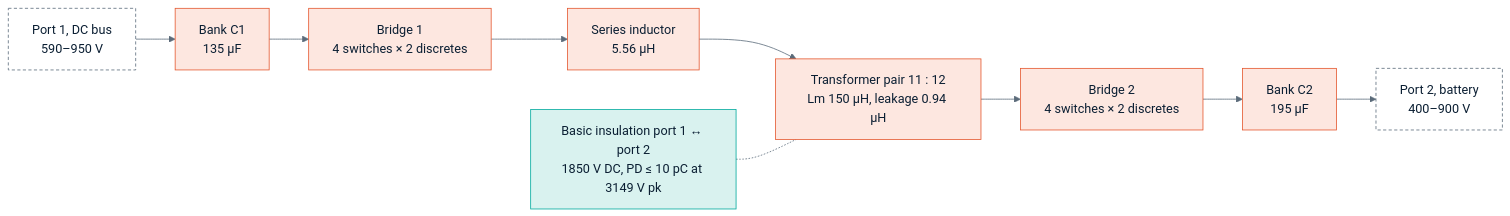
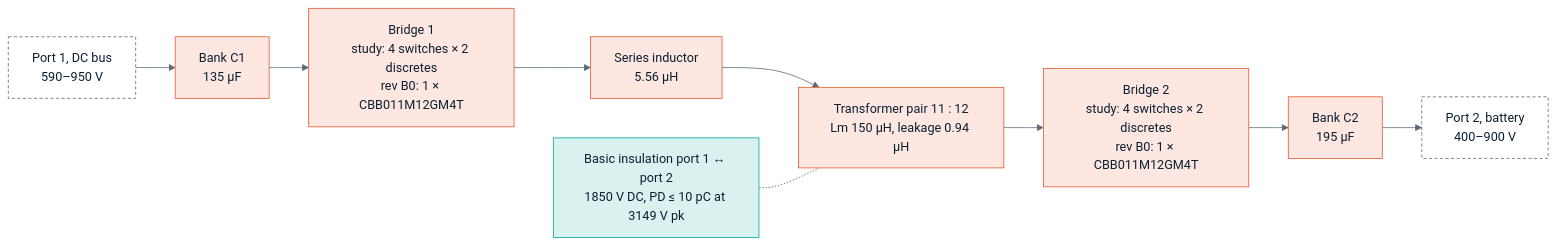
Before and after one commit to vectivolt/PCM: the diagram in docs/guide/10-dab-d60.md, drawn with Mermaid. The commit also changed other lines of this file and 97 other files, not shown here.

````diff
--- a/docs/guide/10-dab-d60.md
+++ b/docs/guide/10-dab-d60.md
@@ -42,15 +47,15 @@
 ```mermaid
 %%{init: {"theme": "base", "themeVariables": {"primaryColor": "#EEF3F7", "primaryBorderColor": "#0B1F33", "primaryTextColor": "#0B1F33", "lineColor": "#5B6B7A", "secondaryColor": "#D9F2EF", "tertiaryColor": "#FFF4D6", "fontFamily": "Inter, Helvetica, Arial, sans-serif"}}}%%
 flowchart LR
     P1["Port 1, DC bus<br/>590–950 V"]:::ext --> C1["Bank C1<br/>135 µF"]:::live
-    C1 --> B1["Bridge 1<br/>4 switches × 2 discretes"]:::live
+    C1 --> B1["Bridge 1<br/>study: 4 switches × 2 discretes<br/>rev B0: 1 × CBB011M12GM4T"]:::live
     B1 --> LS["Series inductor<br/>5.56 µH"]:::live
     LS --> T["Transformer pair 11 : 12<br/>Lm 150 µH, leakage 0.94 µH"]:::live
-    T --> B2["Bridge 2<br/>4 switches × 2 discretes"]:::live
+    T --> B2["Bridge 2<br/>study: 4 switches × 2 discretes<br/>rev B0: 1 × CBB011M12GM4T"]:::live
     B2 --> C2["Bank C2<br/>195 µF"]:::live
     C2 --> P2["Port 2, battery<br/>400–900 V"]:::ext
     BAR["Basic insulation port 1 ↔ port 2<br/>1850 V DC, PD ≤ 10 pC at 3149 V pk"]:::selv -.- T
     classDef live fill:#FDE7E0,stroke:#E4572E,color:#0B1F33
     classDef selv fill:#D9F2EF,stroke:#00A99D,color:#0B1F33
     classDef ext fill:#FFFFFF,stroke:#5B6B7A,stroke-dasharray:4 3
 ```
````
